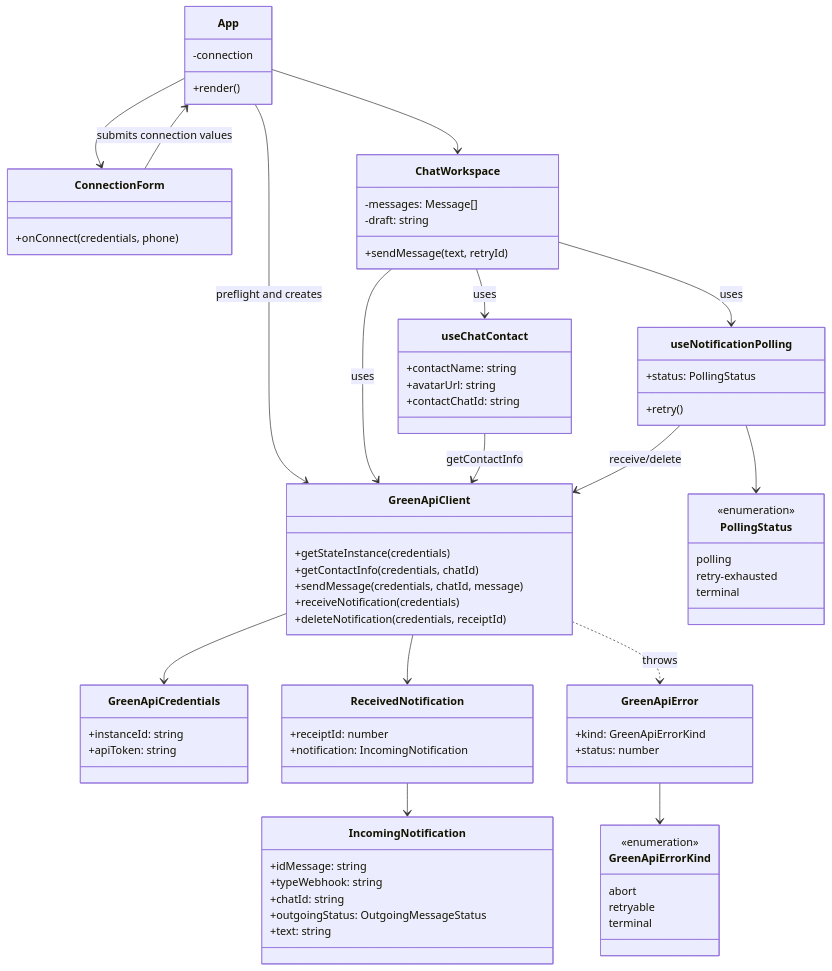
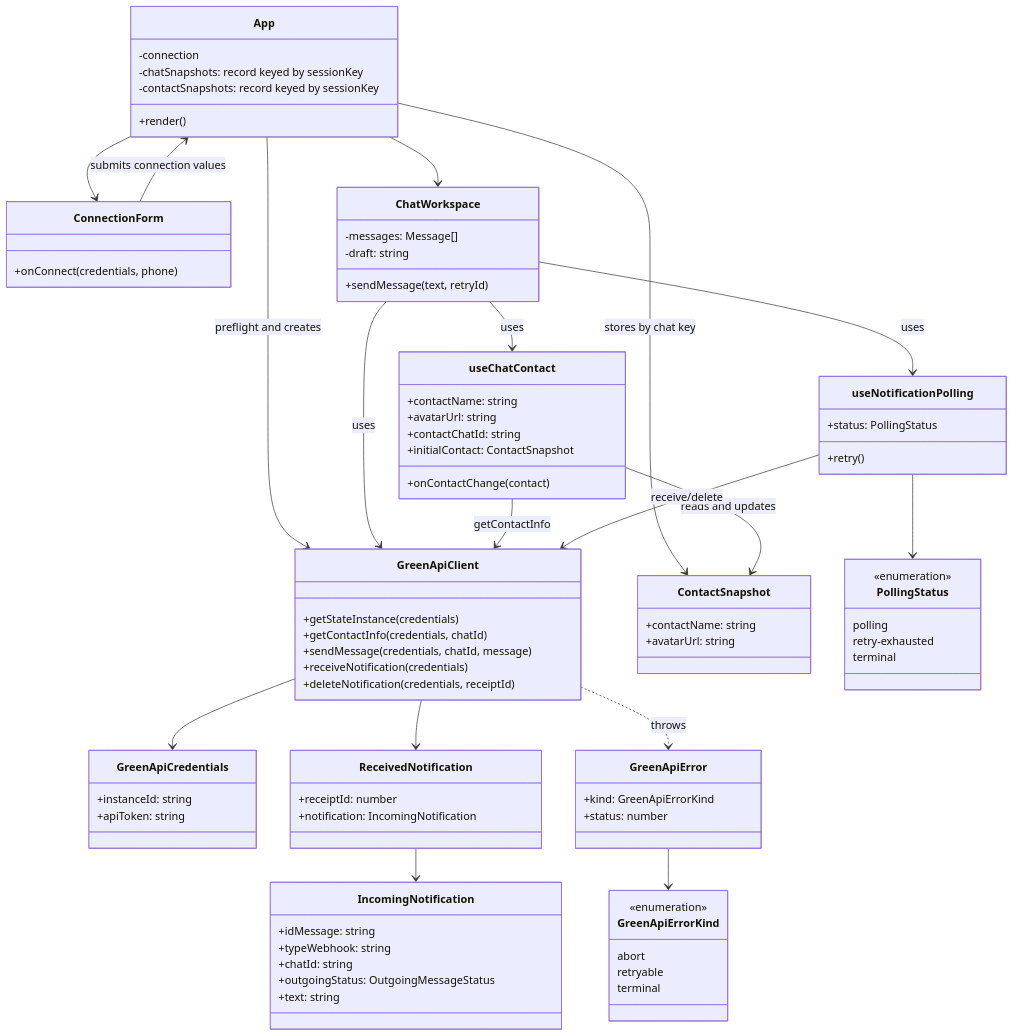
The second of 7 diagrams in docs/diagrams/README.md (vgratsilev/green-api-test), drawn with Mermaid before and after one commit. The commit also changed other lines of this file and 5 other files, not shown here.

```diff
--- a/docs/diagrams/README.md
+++ b/docs/diagrams/README.md
@@ -32,6 +33,8 @@
 classDiagram
   class App {
     -connection
+    -chatSnapshots: record keyed by sessionKey
+    -contactSnapshots: record keyed by sessionKey
     +render()
   }
 
@@ -87,6 +90,13 @@
     +contactName: string
     +avatarUrl: string
     +contactChatId: string
+    +initialContact: ContactSnapshot
+    +onContactChange(contact)
+  }
+
+  class ContactSnapshot {
+    +contactName: string
+    +avatarUrl: string
   }
 
   class useNotificationPolling {
@@ -103,11 +113,13 @@
 
   App --> ConnectionForm
   App --> ChatWorkspace
+  App --> ContactSnapshot : stores by chat key
   App --> GreenApiClient : preflight and creates
   ConnectionForm --> App : submits connection values
   ChatWorkspace --> GreenApiClient : uses
   ChatWorkspace --> useChatContact : uses
   ChatWorkspace --> useNotificationPolling : uses
+  useChatContact --> ContactSnapshot : reads and updates
   useChatContact --> GreenApiClient : getContactInfo
   useNotificationPolling --> GreenApiClient : receive/delete
   GreenApiClient --> GreenApiCredentials
```
